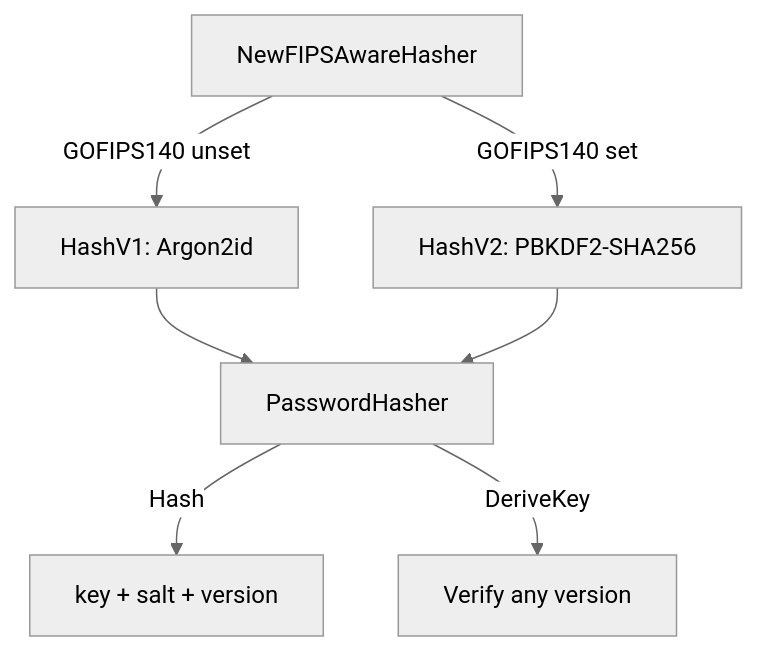
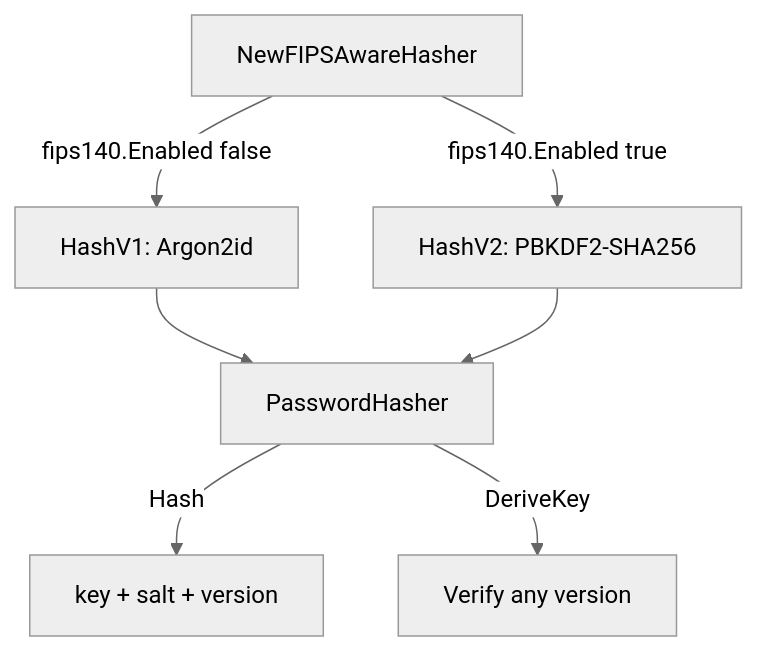
The diagram in docs/fips/README.md (jeremyhahn/go-xkms), drawn with Mermaid (neutral theme) before and after one commit. The commit also changed other lines of this file and 61 other files, not shown here.

````diff
--- a/docs/fips/README.md
+++ b/docs/fips/README.md
@@ -139,9 +170,9 @@
 ```mermaid
 graph TD
-    A[NewFIPSAwareHasher] -->|GOFIPS140 unset| B[HashV1: Argon2id]
-    A -->|GOFIPS140 set| C[HashV2: PBKDF2-SHA256]
+    A[NewFIPSAwareHasher] -->|fips140.Enabled false| B[HashV1: Argon2id]
+    A -->|fips140.Enabled true| C[HashV2: PBKDF2-SHA256]
     B --> D[PasswordHasher]
     C --> D
     D -->|Hash| E[key + salt + version]
     D -->|DeriveKey| F[Verify any version]
 ```
````
